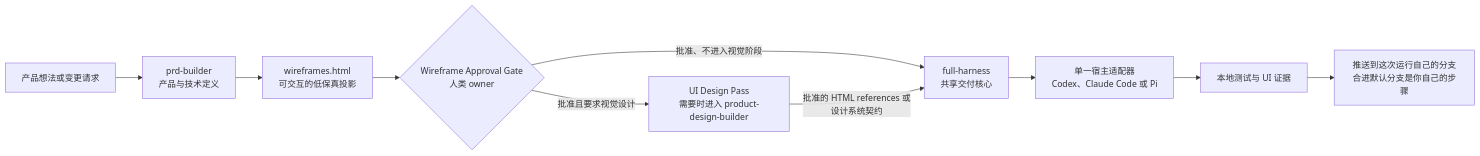
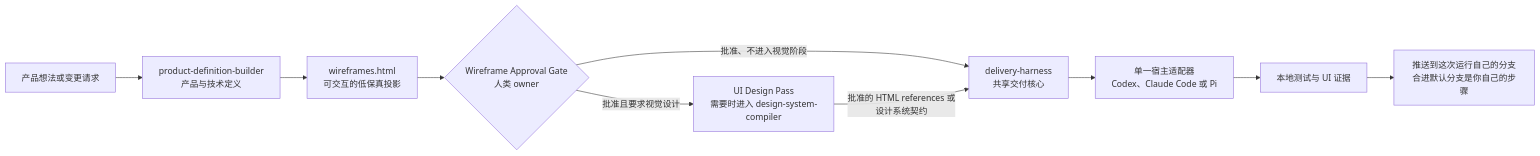
The first of 3 diagrams in README.zh-CN.md (Phlegonlabs/product-delivery-harness), drawn with Mermaid before and after one commit. The commit also changed other lines of this file and 225 other files, not shown here.

First line of the commit message:
Release Product Delivery Harness 0.25.0 (#75)

````diff
--- a/README.zh-CN.md
+++ b/README.zh-CN.md
@@ -64,12 +64,12 @@
 ```mermaid
 flowchart LR
-  Idea["产品想法或变更请求"] --> PRD["prd-builder\n产品与技术定义"]
+  Idea["产品想法或变更请求"] --> PRD["product-definition-builder\n产品与技术定义"]
   PRD --> Wireframe["wireframes.html\n可交互的低保真投影"]
   Wireframe --> Gate{"Wireframe Approval Gate\n人类 owner"}
-  Gate -->|"批准且要求视觉设计"| Design["UI Design Pass\n需要时进入 product-design-builder"]
-  Gate -->|"批准、不进入视觉阶段"| Harness["full-harness\n共享交付核心"]
+  Gate -->|"批准且要求视觉设计"| Design["UI Design Pass\n需要时进入 design-system-compiler"]
+  Gate -->|"批准、不进入视觉阶段"| Harness["delivery-harness\n共享交付核心"]
   Design -->|"批准的 HTML references 或设计系统契约"| Harness
   Harness --> Runtime["单一宿主适配器\nCodex、Claude Code 或 Pi"]
   Runtime --> Evidence["本地测试与 UI 证据"]
   Evidence --> Push["推送到这次运行自己的分支\n合进默认分支是你自己的步骤"]
 ```
````
